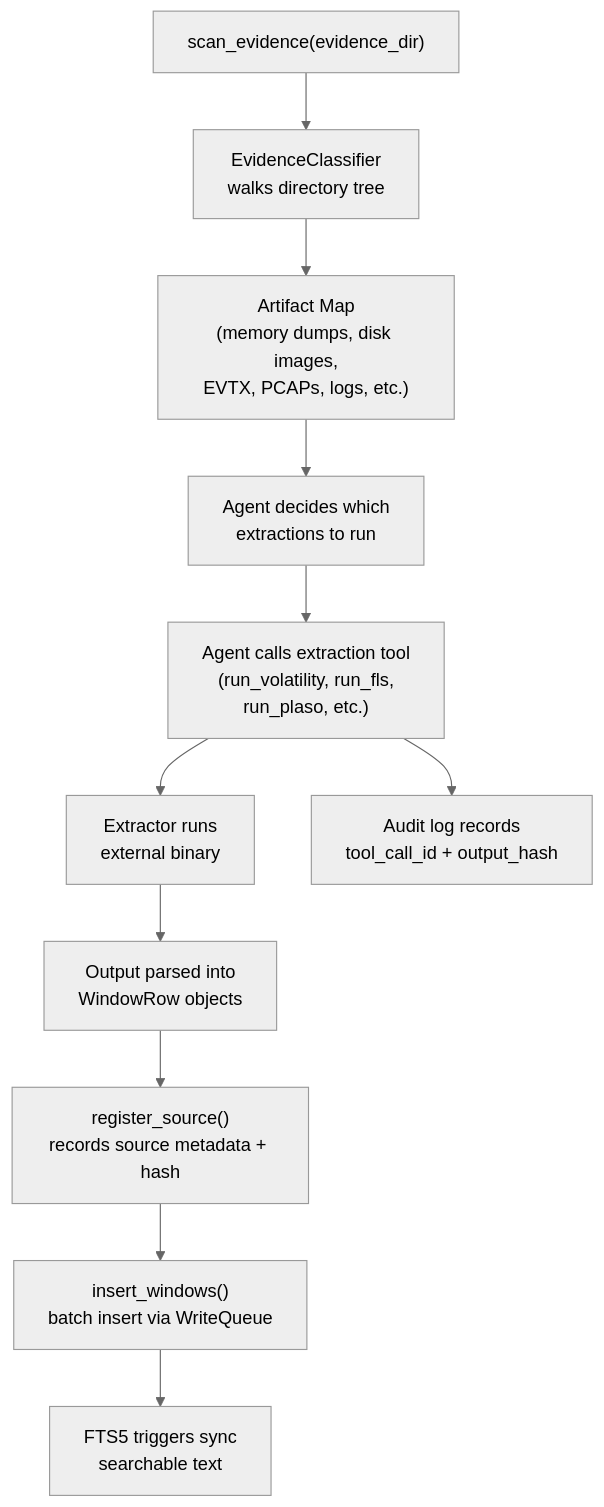
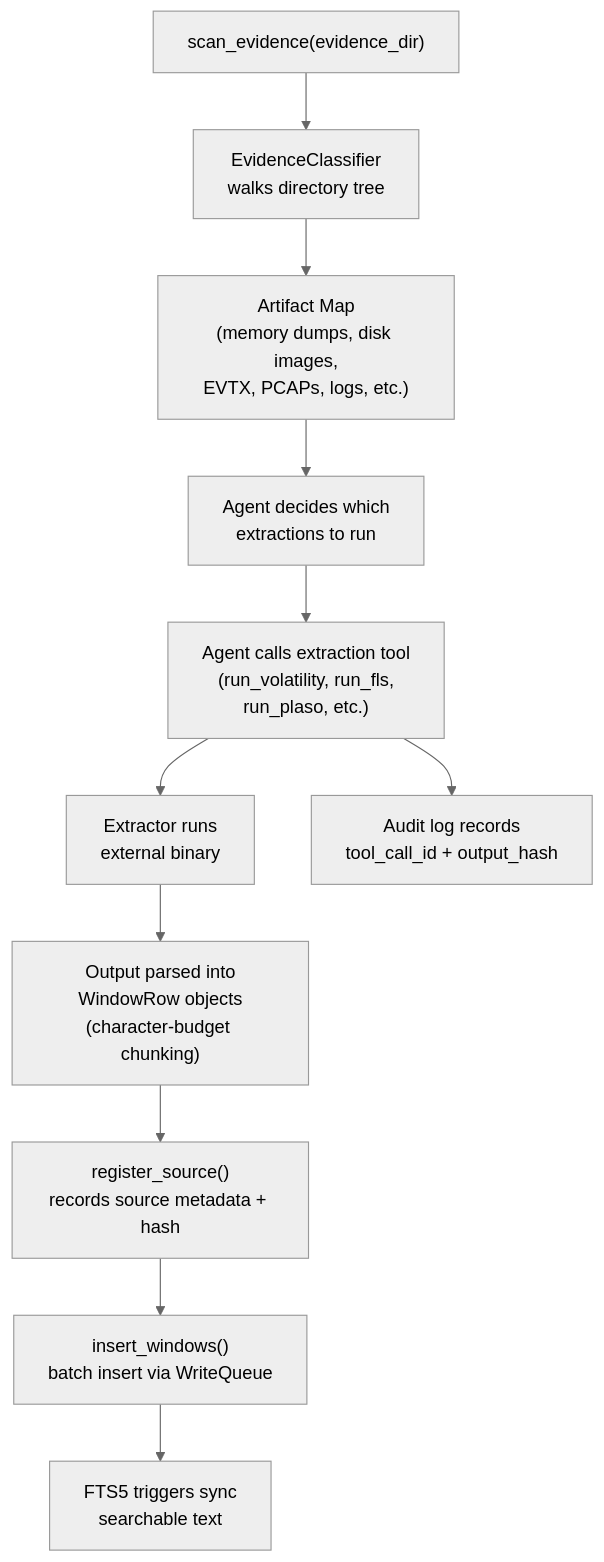
One commit to calebevans/mulder changed the fifth of 5 diagrams in docs/architecture.md. Above: the diagram before and after it, drawn with Mermaid (neutral theme). The commit also changed other lines of this file and 4 other files, not shown here.

````diff
--- a/docs/architecture.md
+++ b/docs/architecture.md
@@ -252,25 +268,25 @@
 ```mermaid
 flowchart TD
     ScanDir["scan_evidence(evidence_dir)"]
     Classify["EvidenceClassifier\nwalks directory tree"]
     ArtifactMap["Artifact Map\n(memory dumps, disk images,\nEVTX, PCAPs, logs, etc.)"]
     AgentDecides["Agent decides which\nextractions to run"]
     RunTool["Agent calls extraction tool\n(run_volatility, run_fls,\nrun_plaso, etc.)"]
     ExtBinary["Extractor runs\nexternal binary"]
-    ParseOutput["Output parsed into\nWindowRow objects"]
+    ParseOutput["Output parsed into\nWindowRow objects\n(character-budget chunking)"]
     RegisterSource["register_source()\nrecords source metadata + hash"]
     InsertWindows["insert_windows()\nbatch insert via WriteQueue"]
     FTSSync["FTS5 triggers sync\nsearchable text"]
     AuditEntry["Audit log records\ntool_call_id + output_hash"]
 
     ScanDir --> Classify
     Classify --> ArtifactMap
     ArtifactMap --> AgentDecides
     AgentDecides --> RunTool
     RunTool --> ExtBinary
     ExtBinary --> ParseOutput
     ParseOutput --> RegisterSource
     RegisterSource --> InsertWindows
     InsertWindows --> FTSSync
     RunTool --> AuditEntry
 ```
````
